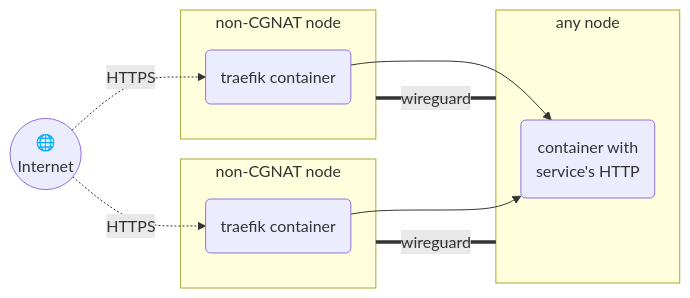
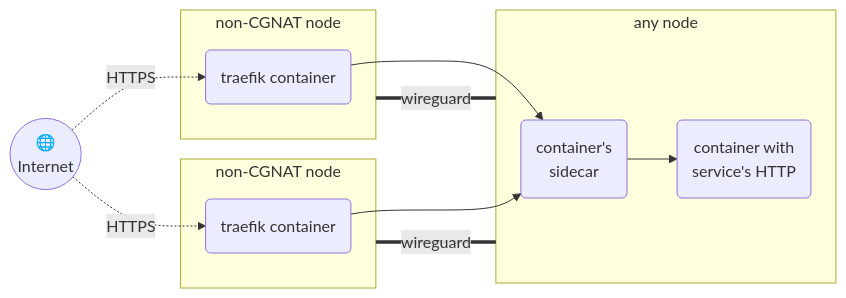
The third of 4 diagrams in src/assets/markdown/projects/Selfhosted.md (cottand/web-portfolio), drawn with Mermaid before and after one commit. The commit also changed other lines of this file, not shown here.

````diff
--- a/src/assets/markdown/projects/Selfhosted.md
+++ b/src/assets/markdown/projects/Selfhosted.md
@@ -62,24 +102,27 @@
 ```mermaid
 %% !caption: Ingress setup
 graph LR
     Internet(("🌐 \nInternet"))
-        
+
     subgraph dcNode["non-CGNAT node"]
-%%            direction LR
-            traefik("traefik container")
+    %%            direction LR
+        traefik("traefik container")
     end
-        
+
     subgraph dcNode2["non-CGNAT node"]
         traefik2("traefik container")
     end
 
     subgraph anyNode["any node"]
+        sidecar("container's \n sidecar")
         containerServer("container with \nservice's HTTP")
     end
-        
-        Internet -.->|HTTPS|traefik
-        Internet -.->|HTTPS|traefik2
-        traefik & traefik2 -->containerServer
-        dcNode & dcNode2===|wireguard |anyNode
+
+    Internet -.->|HTTPS| traefik
+    Internet -.->|HTTPS| traefik2
+    traefik & traefik2 --> sidecar --> containerServer
+    dcNode & dcNode2 ===|wireguard| anyNode
 %%        dcNode===|wireguard|dcNode2
+
+
 ```
````
